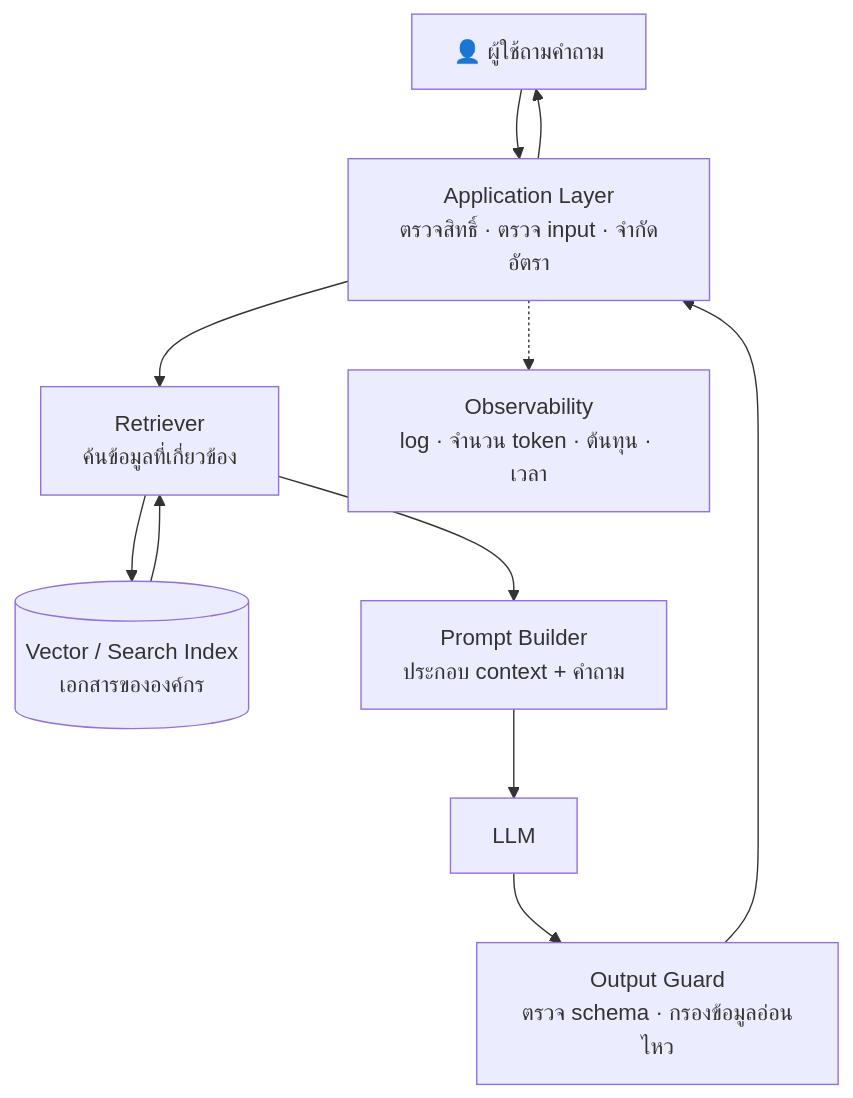
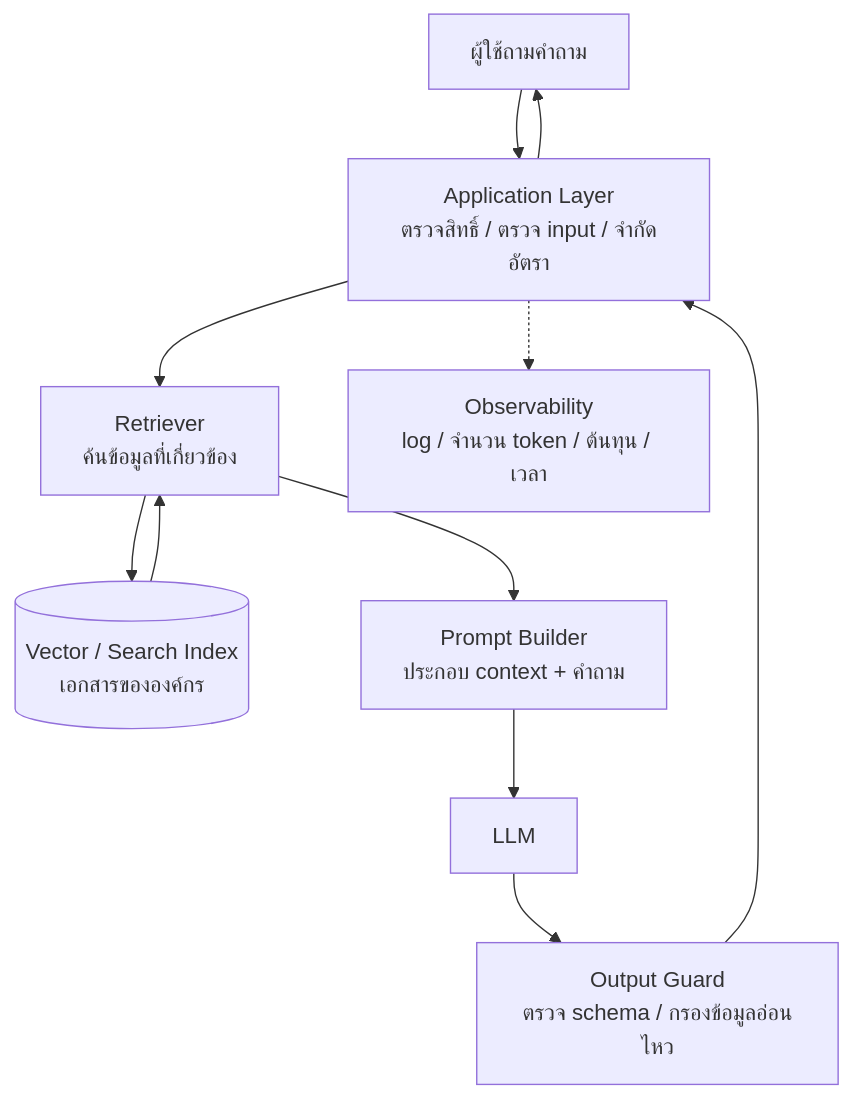
Diagram 21 of 25 in readings/04-system-architecture-design.md (CE-SDPX/SDPX-AI), drawn with Mermaid before and after one commit. The commit also changed other lines of this file and 6 other files, not shown here.

````diff
--- a/readings/04-system-architecture-design.md
+++ b/readings/04-system-architecture-design.md
@@ -617,13 +616,13 @@
 ```mermaid
 flowchart TB
-    U["👤 ผู้ใช้ถามคำถาม"] --> APP["Application Layer<br/>ตรวจสิทธิ์ · ตรวจ input · จำกัดอัตรา"]
+    U["ผู้ใช้ถามคำถาม"] --> APP["Application Layer<br/>ตรวจสิทธิ์ / ตรวจ input / จำกัดอัตรา"]
     APP --> RET["Retriever<br/>ค้นข้อมูลที่เกี่ยวข้อง"]
     RET --> VDB[("Vector / Search Index<br/>เอกสารขององค์กร")]
     VDB --> RET
     RET --> PB["Prompt Builder<br/>ประกอบ context + คำถาม"]
     PB --> LLM["LLM"]
-    LLM --> GUARD["Output Guard<br/>ตรวจ schema · กรองข้อมูลอ่อนไหว"]
+    LLM --> GUARD["Output Guard<br/>ตรวจ schema / กรองข้อมูลอ่อนไหว"]
     GUARD --> APP
     APP --> U
-    APP -.-> OBS["Observability<br/>log · จำนวน token · ต้นทุน · เวลา"]
+    APP -.-> OBS["Observability<br/>log / จำนวน token / ต้นทุน / เวลา"]
 ```
````
